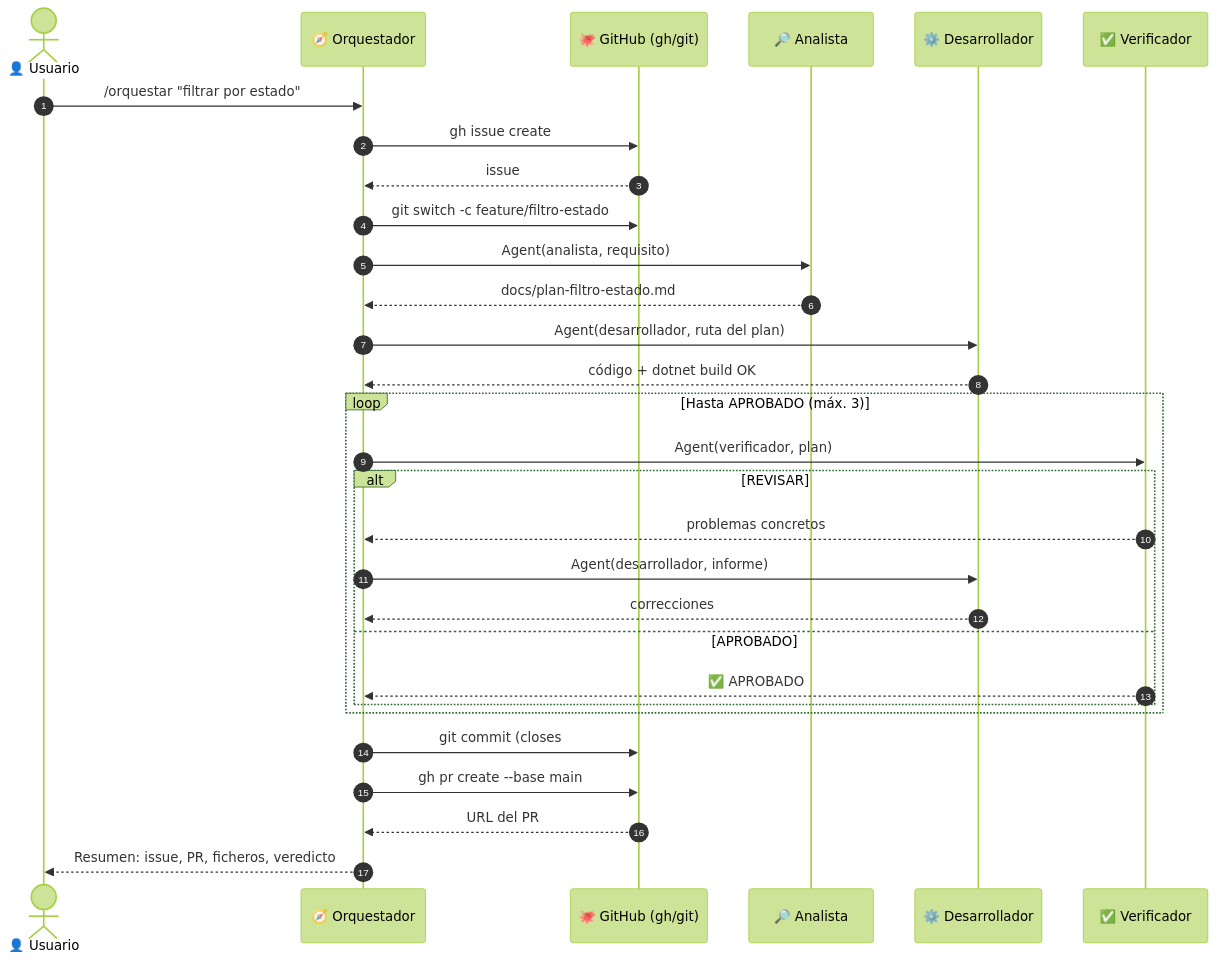
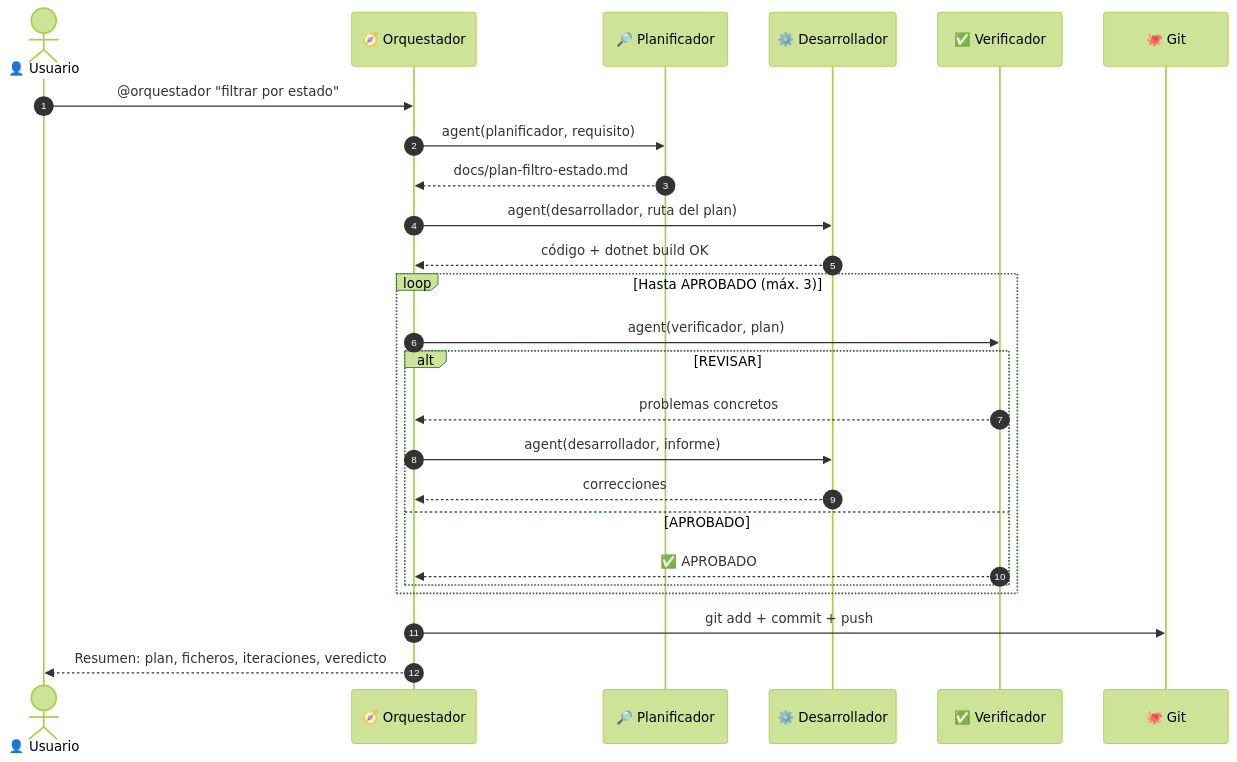
One commit to hispafox/DemoCopilot changed the second of 6 diagrams in docs/ARQUITECTURA-AGENTES.md. Above: the diagram before and after it, drawn with Mermaid (forest theme). The commit also changed other lines of this file and 3 other files, not shown here.

````diff
--- a/docs/ARQUITECTURA-AGENTES.md
+++ b/docs/ARQUITECTURA-AGENTES.md
@@ -70,37 +54,32 @@
 ```mermaid
 sequenceDiagram
     autonumber
     actor U as 👤 Usuario
     participant O as 🧭 Orquestador
-    participant GH as 🐙 GitHub (gh/git)
-    participant A as 🔎 Analista
+    participant P as 🔎 Planificador
     participant D as ⚙️ Desarrollador
     participant V as ✅ Verificador
+    participant G as 🐙 Git
 
-    U->>O: /orquestar "filtrar por estado"
-    O->>GH: gh issue create
-    GH-->>O: issue #N
-    O->>GH: git switch -c feature/filtro-estado
+    U->>O: @orquestador "filtrar por estado"
 
-    O->>A: Agent(analista, requisito)
-    A-->>O: docs/plan-filtro-estado.md
+    O->>P: agent(planificador, requisito)
+    P-->>O: docs/plan-filtro-estado.md
 
-    O->>D: Agent(desarrollador, ruta del plan)
+    O->>D: agent(desarrollador, ruta del plan)
     D-->>O: código + dotnet build OK
 
     loop Hasta APROBADO (máx. 3)
-        O->>V: Agent(verificador, plan)
+        O->>V: agent(verificador, plan)
         alt REVISAR
             V-->>O: problemas concretos
-            O->>D: Agent(desarrollador, informe)
+            O->>D: agent(desarrollador, informe)
             D-->>O: correcciones
         else APROBADO
             V-->>O: ✅ APROBADO
         end
     end
 
-    O->>GH: git commit (closes #N) + push
-    O->>GH: gh pr create --base main
-    GH-->>O: URL del PR
-    O-->>U: Resumen: issue, PR, ficheros, veredicto
+    O->>G: git add + commit + push
+    O-->>U: Resumen: plan, ficheros, iteraciones, veredicto
 ```
````
